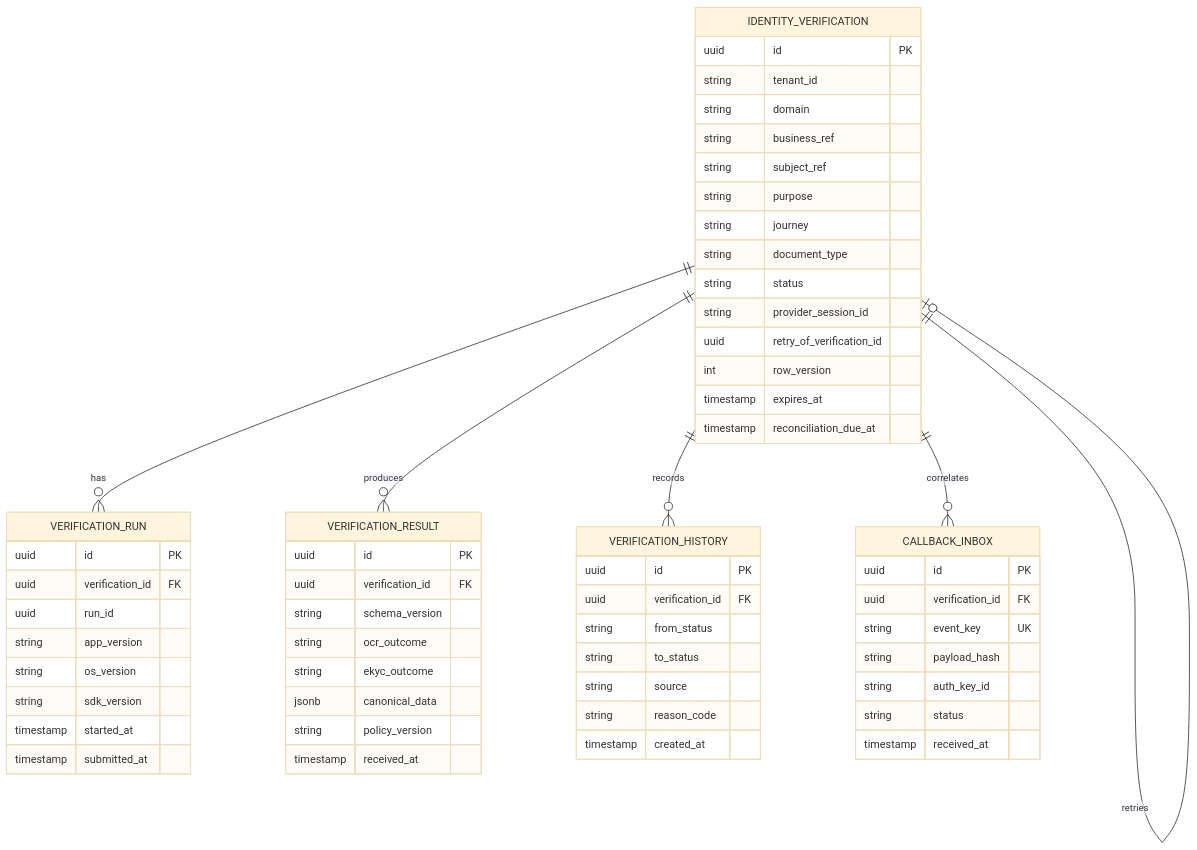
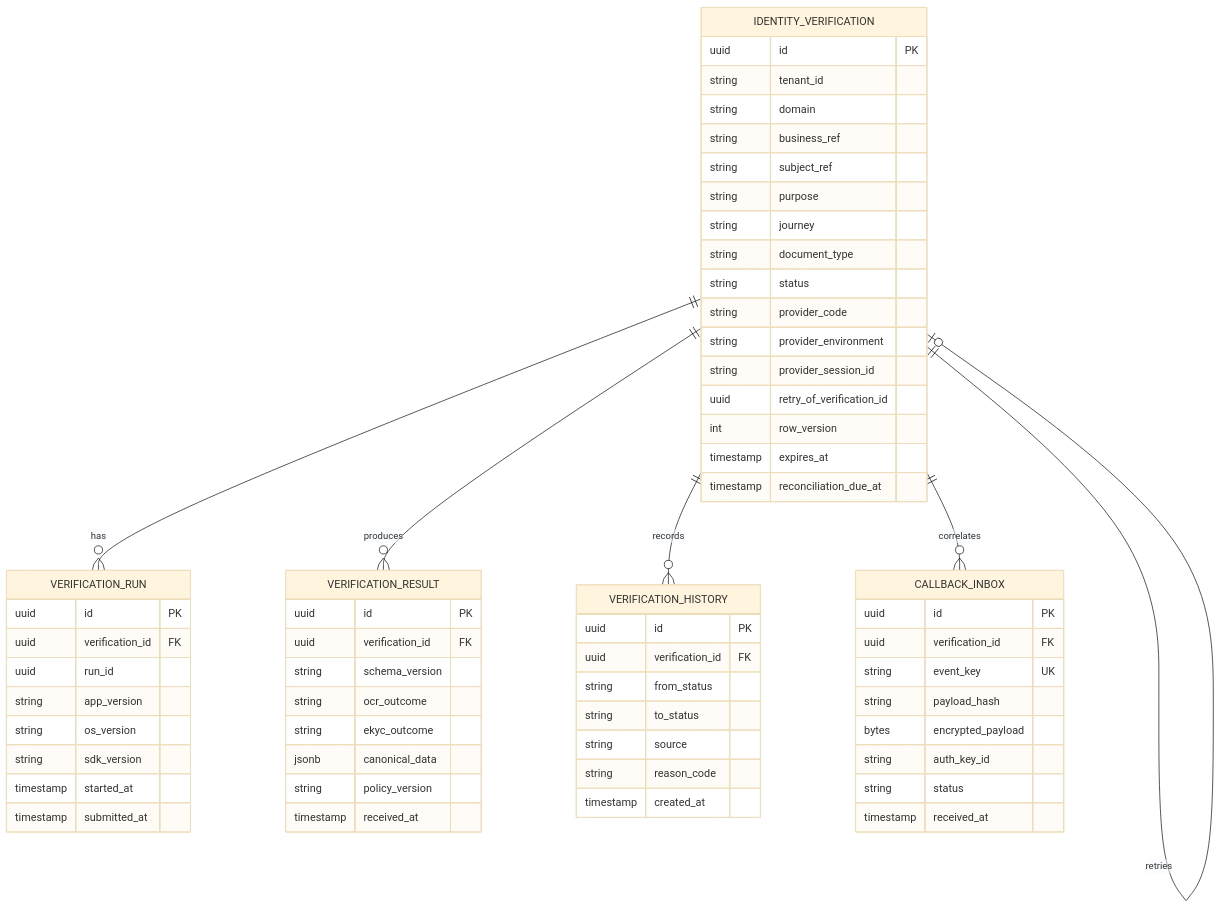
Before and after one commit to huynv-xyz/vhm: the seventh of 8 diagrams in tdd2.md, drawn with Mermaid (base theme). The commit also changed other lines of this file, not shown here.

````diff
--- a/tdd2.md
+++ b/tdd2.md
@@ -714,67 +823,70 @@
 ```mermaid
 erDiagram
     IDENTITY_VERIFICATION ||--o{ VERIFICATION_RUN : has
     IDENTITY_VERIFICATION ||--o{ VERIFICATION_RESULT : produces
     IDENTITY_VERIFICATION ||--o{ VERIFICATION_HISTORY : records
     IDENTITY_VERIFICATION ||--o{ CALLBACK_INBOX : correlates
     IDENTITY_VERIFICATION ||--o| IDENTITY_VERIFICATION : retries
 
     IDENTITY_VERIFICATION {
         uuid id PK
         string tenant_id
         string domain
         string business_ref
         string subject_ref
         string purpose
         string journey
         string document_type
         string status
+        string provider_code
+        string provider_environment
         string provider_session_id
         uuid retry_of_verification_id
         int row_version
         timestamp expires_at
         timestamp reconciliation_due_at
     }
 
     VERIFICATION_RUN {
         uuid id PK
         uuid verification_id FK
         uuid run_id
         string app_version
         string os_version
         string sdk_version
         timestamp started_at
         timestamp submitted_at
     }
 
     VERIFICATION_RESULT {
         uuid id PK
         uuid verification_id FK
         string schema_version
         string ocr_outcome
         string ekyc_outcome
         jsonb canonical_data
         string policy_version
         timestamp received_at
     }
 
     CALLBACK_INBOX {
         uuid id PK
         uuid verification_id FK
         string event_key UK
         string payload_hash
+        bytes encrypted_payload
         string auth_key_id
         string status
         timestamp received_at
     }
 
     VERIFICATION_HISTORY {
         uuid id PK
         uuid verification_id FK
         string from_status
         string to_status
         string source
         string reason_code
         timestamp created_at
     }
 ```
````
